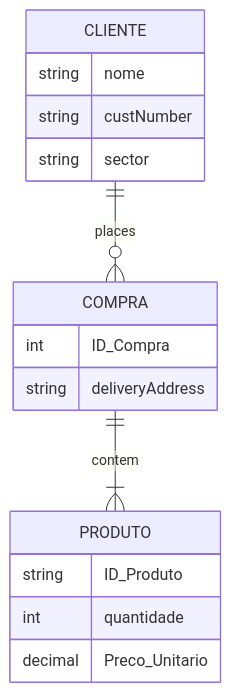
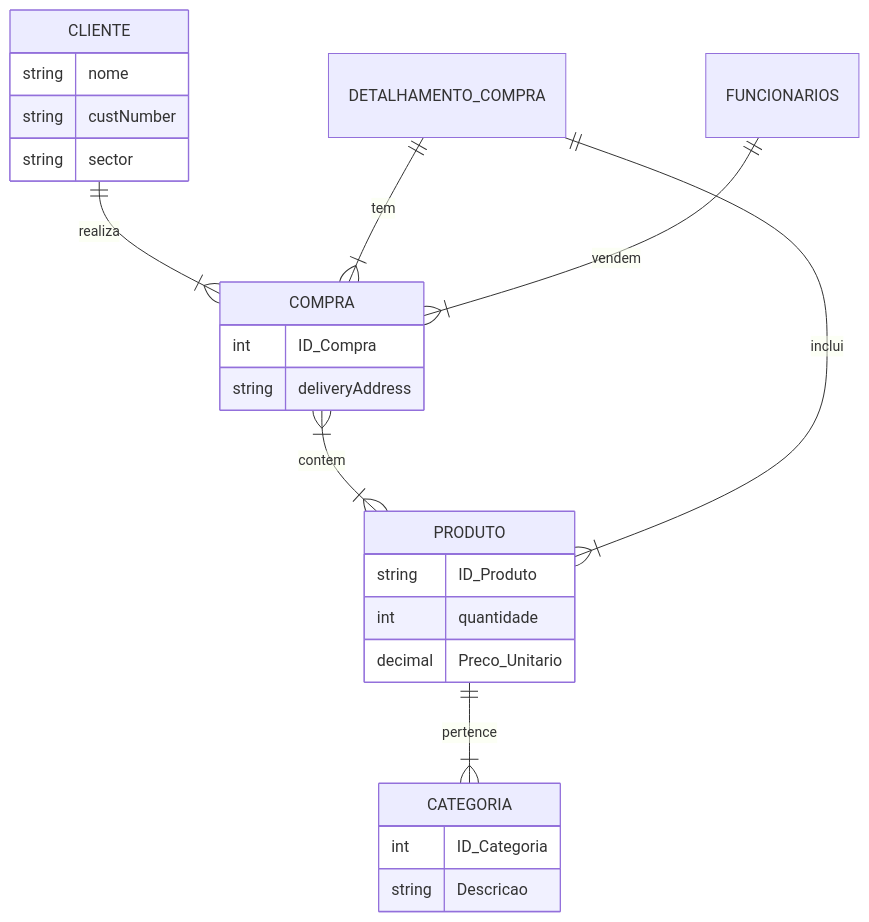
One commit to julianarpaz/banco-de-dados-projeto changed the diagram in README.md. Above: the diagram before and after it, drawn with Mermaid. The commit also changed 2 other files, not shown here.

Commit message:
wip: readme e script atualizados

````diff
--- a/README.md
+++ b/README.md
@@ -21,21 +21,34 @@
 ```mermaid 
 
 erDiagram
-    CLIENTE ||--o{ COMPRA : places
+    CLIENTE ||--|{ COMPRA : realiza
+    DETALHAMENTO_COMPRA ||--|{ COMPRA : tem
+    COMPRA  }|--|{ PRODUTO : contem
+    PRODUTO ||--|{ CATEGORIA : pertence
+    DETALHAMENTO_COMPRA ||--|{ PRODUTO : inclui
+    FUNCIONARIOS ||--|{ COMPRA : vendem
+
     CLIENTE {
         string nome
         string custNumber
         string sector
     }
-    COMPRA ||--|{ PRODUTO : contem
     COMPRA {
         int ID_Compra
         string deliveryAddress
     }
     PRODUTO {
         string ID_Produto
         int quantidade
         decimal Preco_Unitario
     }
+    CATEGORIA {
+        int ID_Categoria
+        string Descricao
+    }
+    DETALHAMENTO_COMPRA {
+
+    }
+    
 
 ``` 
````
